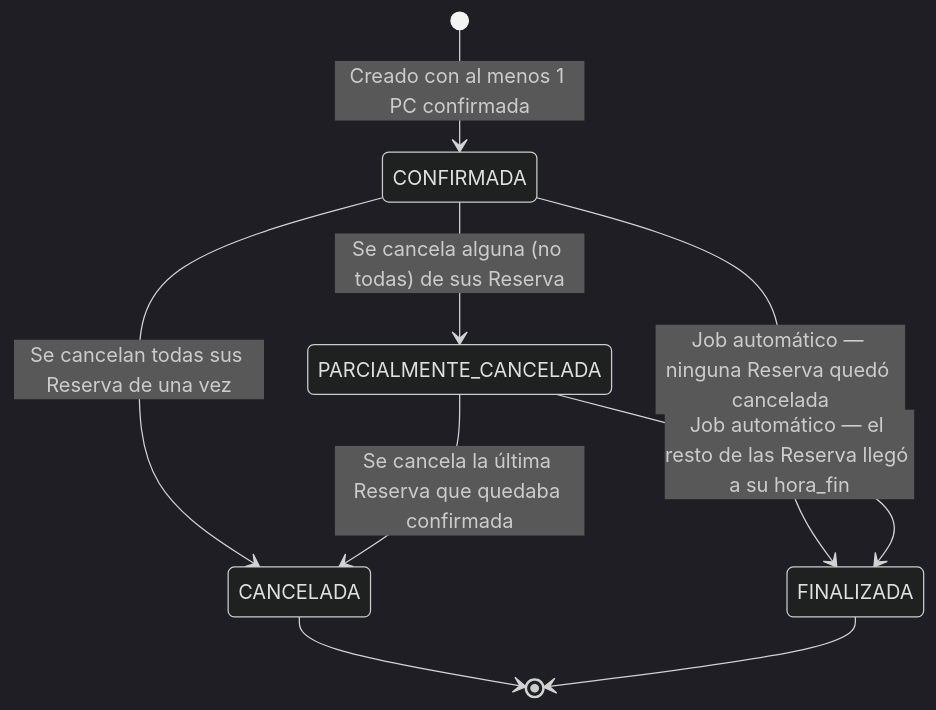
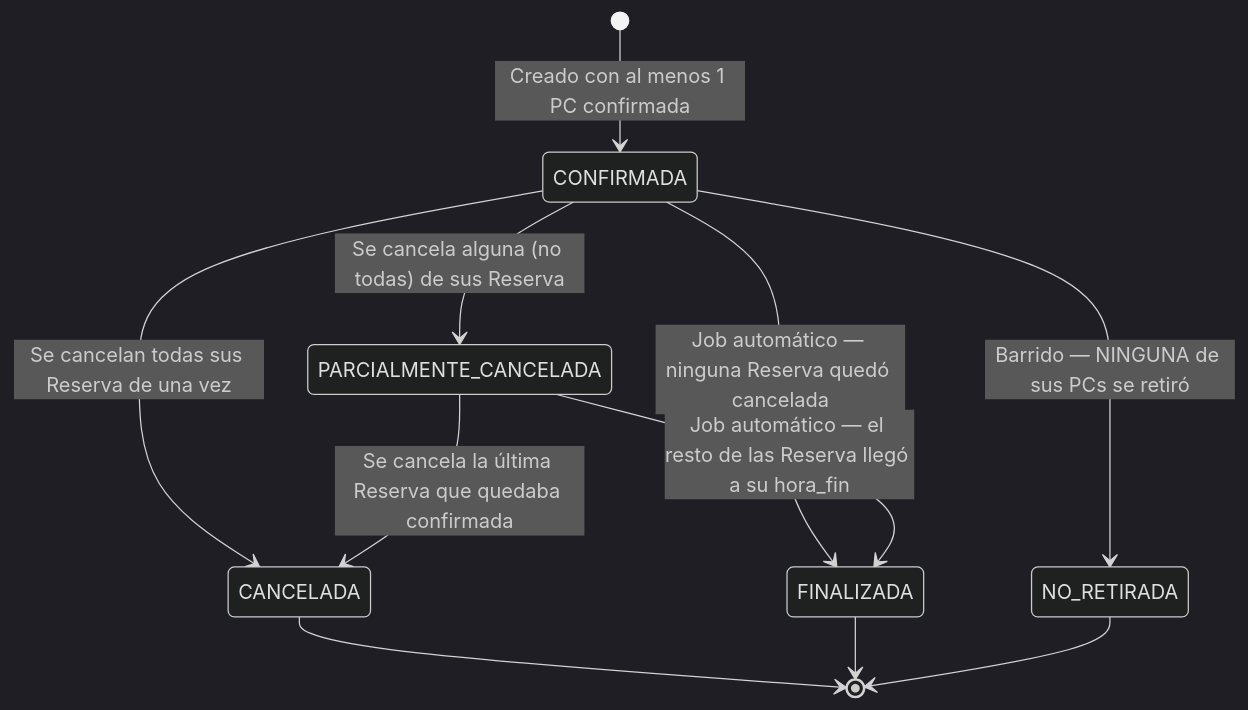
The third of 5 diagrams in docs/05-diagramas-estado.md (agustin-y2k/sgrc), drawn with Mermaid (dark theme) before and after one commit. The commit also changed other lines of this file and 105 other files, not shown here.

````diff
--- a/docs/05-diagramas-estado.md
+++ b/docs/05-diagramas-estado.md
@@ -36,11 +38,13 @@
 ```mermaid
 stateDiagram-v2
     [*] --> CONFIRMADA: Creado con al menos 1 PC confirmada
     CONFIRMADA --> PARCIALMENTE_CANCELADA: Se cancela alguna (no todas) de sus Reserva
     CONFIRMADA --> CANCELADA: Se cancelan todas sus Reserva de una vez
     PARCIALMENTE_CANCELADA --> CANCELADA: Se cancela la última Reserva que quedaba confirmada
     CONFIRMADA --> FINALIZADA: Job automático — ninguna Reserva quedó cancelada
     PARCIALMENTE_CANCELADA --> FINALIZADA: Job automático — el resto de las Reserva llegó a su hora_fin
+    CONFIRMADA --> NO_RETIRADA: Barrido — NINGUNA de sus PCs se retiró
     CANCELADA --> [*]
     FINALIZADA --> [*]
+    NO_RETIRADA --> [*]
 ```
````
